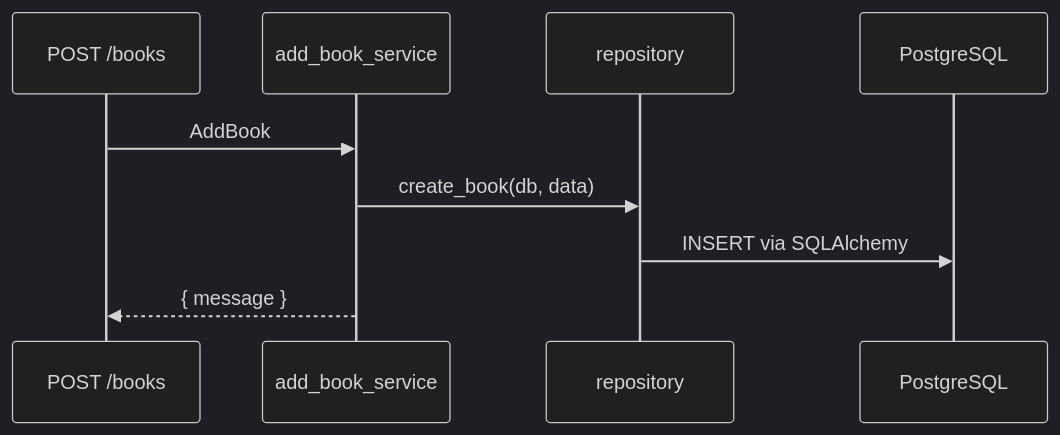
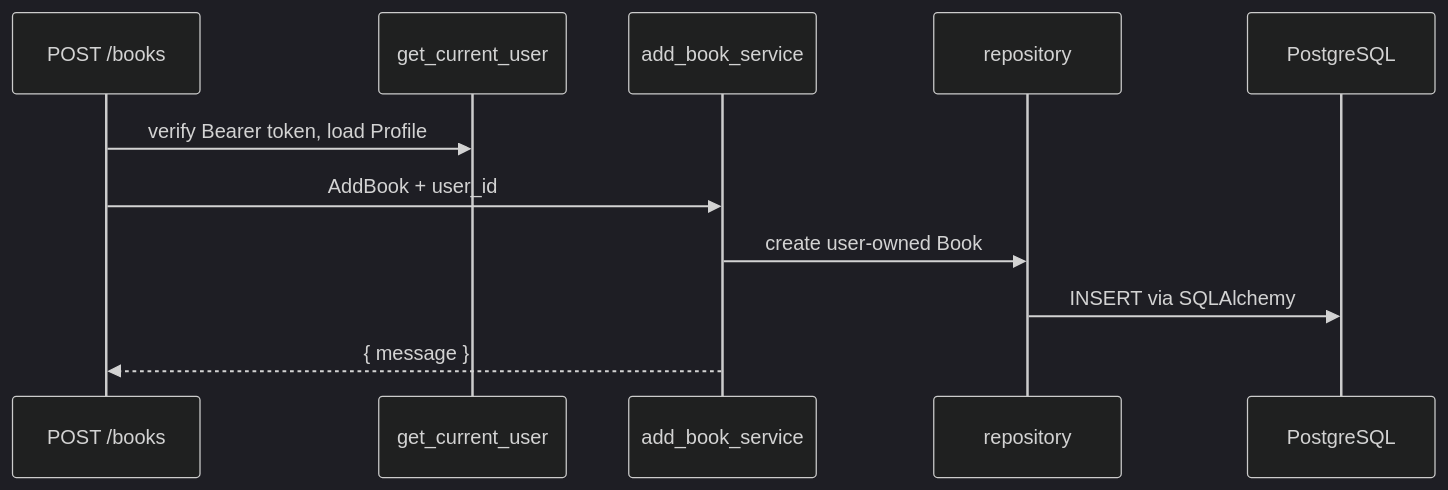
Before and after one commit to tranguyeenn/shelftxt: the first of 4 diagrams in docs/engineering/backend.md, drawn with Mermaid (dark theme). The commit also changed other lines of this file and 23 other files, not shown here.

Commit message:
Complete user ownership migration and apply missing schema updates

````diff
--- a/docs/engineering/backend.md
+++ b/docs/engineering/backend.md
@@ -90,12 +94,14 @@
 ```mermaid
 sequenceDiagram
   participant R as POST /books
+  participant Auth as get_current_user
   participant S as add_book_service
   participant Repo as repository
   participant DB as PostgreSQL
 
-  R->>S: AddBook
-  S->>Repo: create_book(db, data)
+  R->>Auth: verify Bearer token, load Profile
+  R->>S: AddBook + user_id
+  S->>Repo: create user-owned Book
   Repo->>DB: INSERT via SQLAlchemy
   S-->>R: { message }
 ```
````
